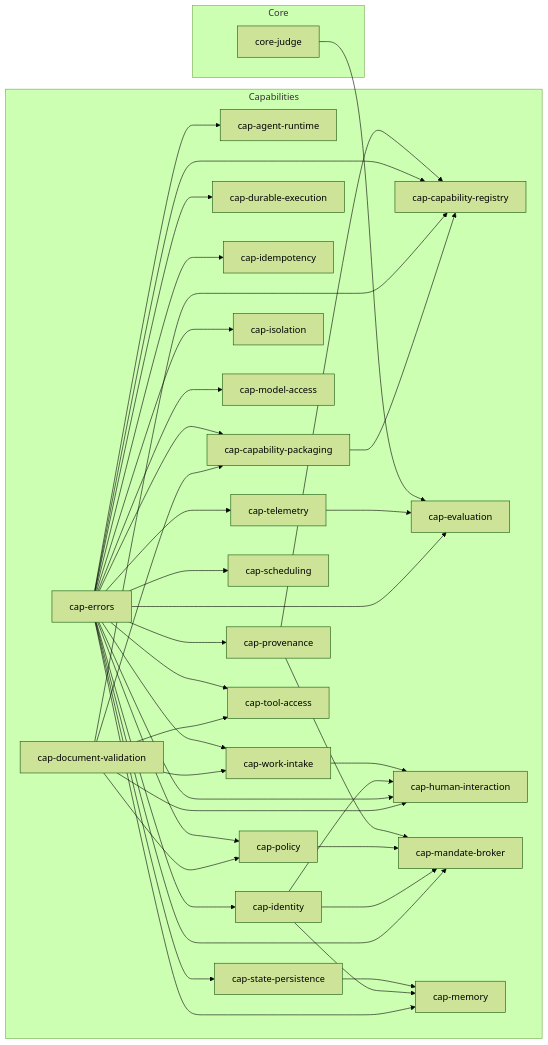
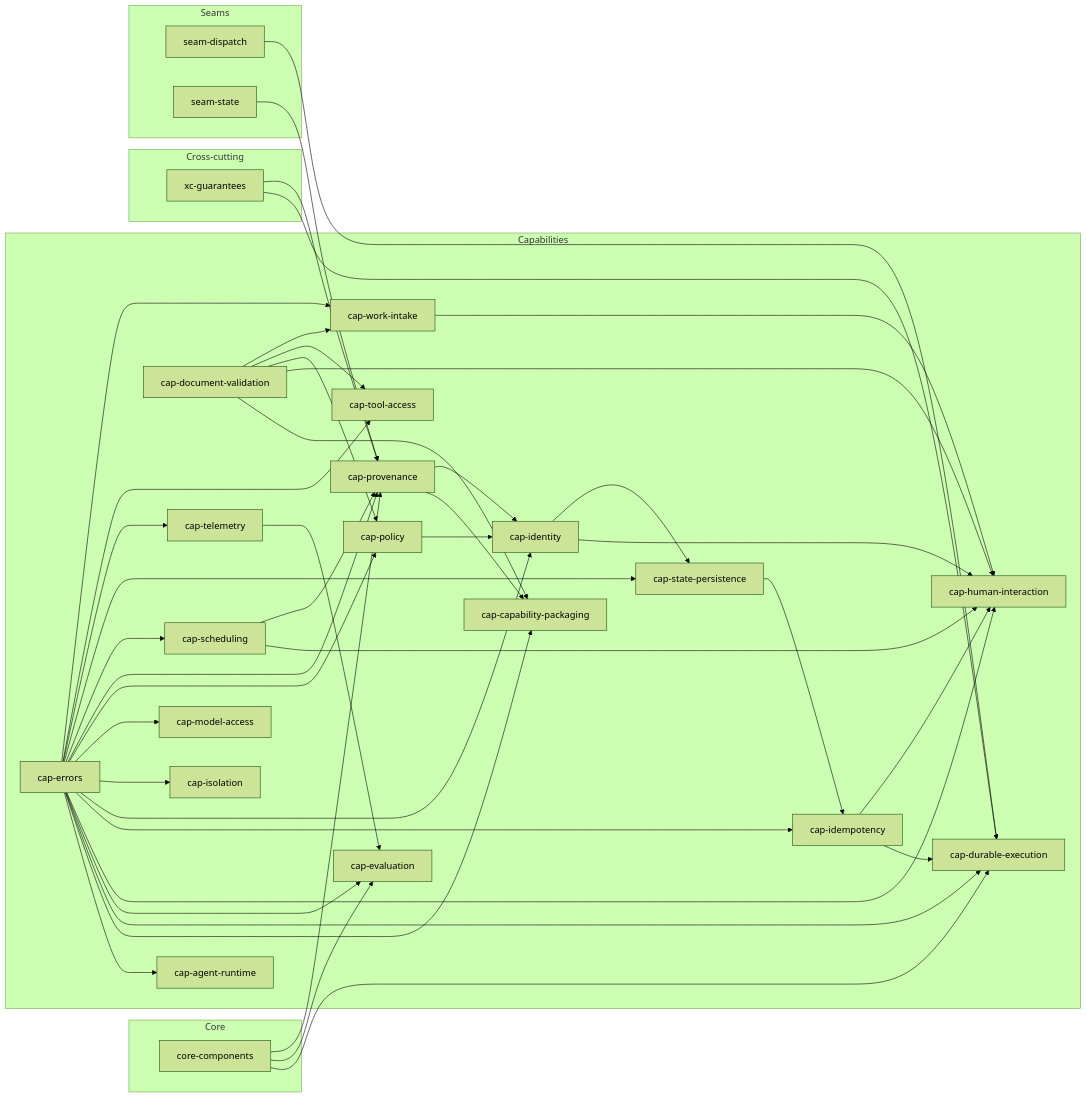
One commit to Dadlorian/AGENT changed the third of 10 diagrams in docs/skill-graph.md. Above: the diagram before and after it, drawn with Mermaid (forest theme). The commit also changed other lines of this file and 406 other files, not shown here.

````diff
--- a/docs/skill-graph.md
+++ b/docs/skill-graph.md
@@ -122,65 +106,73 @@
 ```mermaid
 graph LR
     subgraph core_["Core"]
-        core-judge
+        core-components
     end
     subgraph cap_["Capabilities"]
         cap-agent-runtime
         cap-capability-packaging
-        cap-capability-registry
         cap-document-validation
         cap-durable-execution
         cap-errors
         cap-evaluation
         cap-human-interaction
         cap-idempotency
         cap-identity
         cap-isolation
-        cap-mandate-broker
-        cap-memory
         cap-model-access
         cap-policy
         cap-provenance
         cap-scheduling
         cap-state-persistence
         cap-telemetry
         cap-tool-access
         cap-work-intake
     end
+    subgraph xc_["Cross-cutting"]
+        xc-guarantees
+    end
+    subgraph seam_["Seams"]
+        seam-dispatch
+        seam-state
+    end
     cap-errors --> cap-agent-runtime
     cap-document-validation --> cap-capability-packaging
     cap-errors --> cap-capability-packaging
-    cap-capability-packaging --> cap-capability-registry
-    cap-document-validation --> cap-capability-registry
-    cap-errors --> cap-capability-registry
-    cap-provenance --> cap-capability-registry
+    cap-provenance --> cap-capability-packaging
     cap-errors --> cap-durable-execution
+    cap-idempotency --> cap-durable-execution
+    core-components --> cap-durable-execution
+    seam-dispatch --> cap-durable-execution
+    xc-guarantees --> cap-durable-execution
     cap-errors --> cap-evaluation
     cap-telemetry --> cap-evaluation
-    core-judge --> cap-evaluation
+    core-components --> cap-evaluation
     cap-document-validation --> cap-human-interaction
     cap-errors --> cap-human-interaction
+    cap-idempotency --> cap-human-interaction
     cap-identity --> cap-human-interaction
+    cap-scheduling --> cap-human-interaction
     cap-work-intake --> cap-human-interaction
     cap-errors --> cap-idempotency
+    cap-state-persistence --> cap-idempotency
     cap-errors --> cap-identity
+    cap-policy --> cap-identity
+    cap-provenance --> cap-identity
     cap-errors --> cap-isolation
-    cap-errors --> cap-mandate-broker
-    cap-identity --> cap-mandate-broker
-    cap-policy --> cap-mandate-broker
-    cap-provenance --> cap-mandate-broker
-    cap-errors --> cap-memory
-    cap-identity --> cap-memory
-    cap-state-persistence --> cap-memory
     cap-errors --> cap-model-access
     cap-document-validation --> cap-policy
     cap-errors --> cap-policy
     cap-errors --> cap-provenance
+    cap-scheduling --> cap-provenance
+    core-components --> cap-provenance
+    seam-state --> cap-provenance
+    xc-guarantees --> cap-provenance
     cap-errors --> cap-scheduling
     cap-errors --> cap-state-persistence
+    cap-identity --> cap-state-persistence
     cap-errors --> cap-telemetry
     cap-document-validation --> cap-tool-access
     cap-errors --> cap-tool-access
     cap-document-validation --> cap-work-intake
     cap-errors --> cap-work-intake
 ```
````
